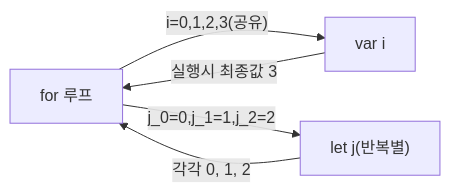
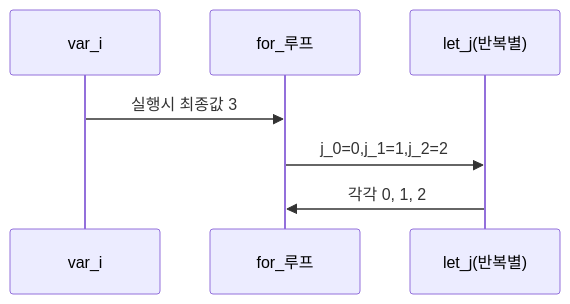
Before and after one commit to yjkim2015/yjkim2015.github.io: the sixth of 9 diagrams in _posts/frontend/2026-05-02-js-var-let-const.md, drawn with Mermaid. The commit also changed other lines of this file and 89 other files, not shown here.

First line of the commit message:
복잡한 flowchart 163개 → sequenceDiagram 변환 (90파일)

````diff
--- a/_posts/frontend/2026-05-02-js-var-let-const.md
+++ b/_posts/frontend/2026-05-02-js-var-let-const.md
@@ -281,7 +280,6 @@
 ```mermaid
-graph LR
-    FOR["for 루프"] -->|"i=0,1,2,3(공유)"| VAR_I["var i"]
-    VAR_I -->|"실행시 최종값 3"| FOR
-    FOR -->|"j_0=0,j_1=1,j_2=2"| LET_J["let j(반복별)"]
-    LET_J -->|"각각 0, 1, 2"| FOR
+sequenceDiagram
+    var_i->>for_루프: 실행시 최종값 3
+    for_루프->>let_j(반복별): j_0=0,j_1=1,j_2=2
+    let_j(반복별)->>for_루프: 각각 0, 1, 2
 ```
````
